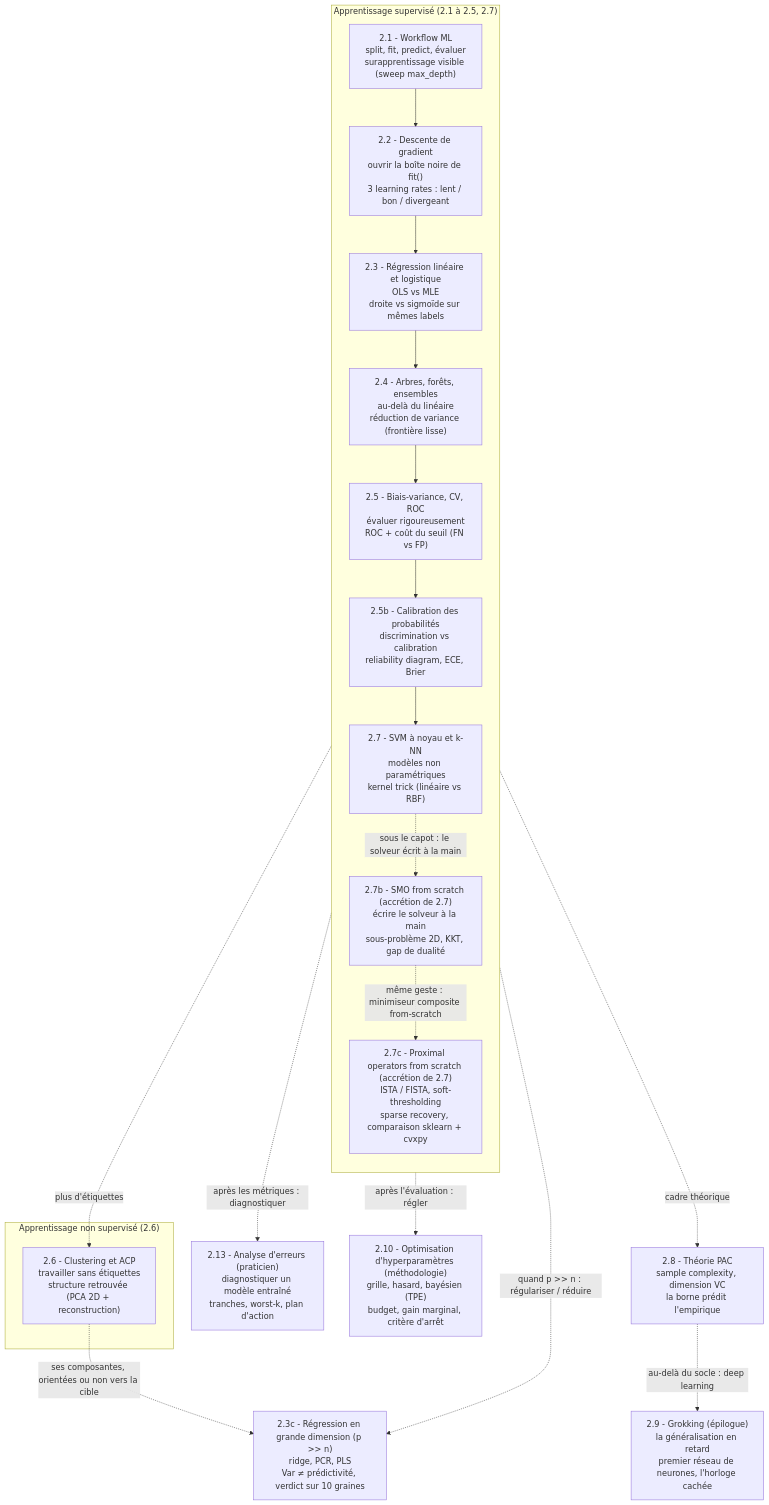
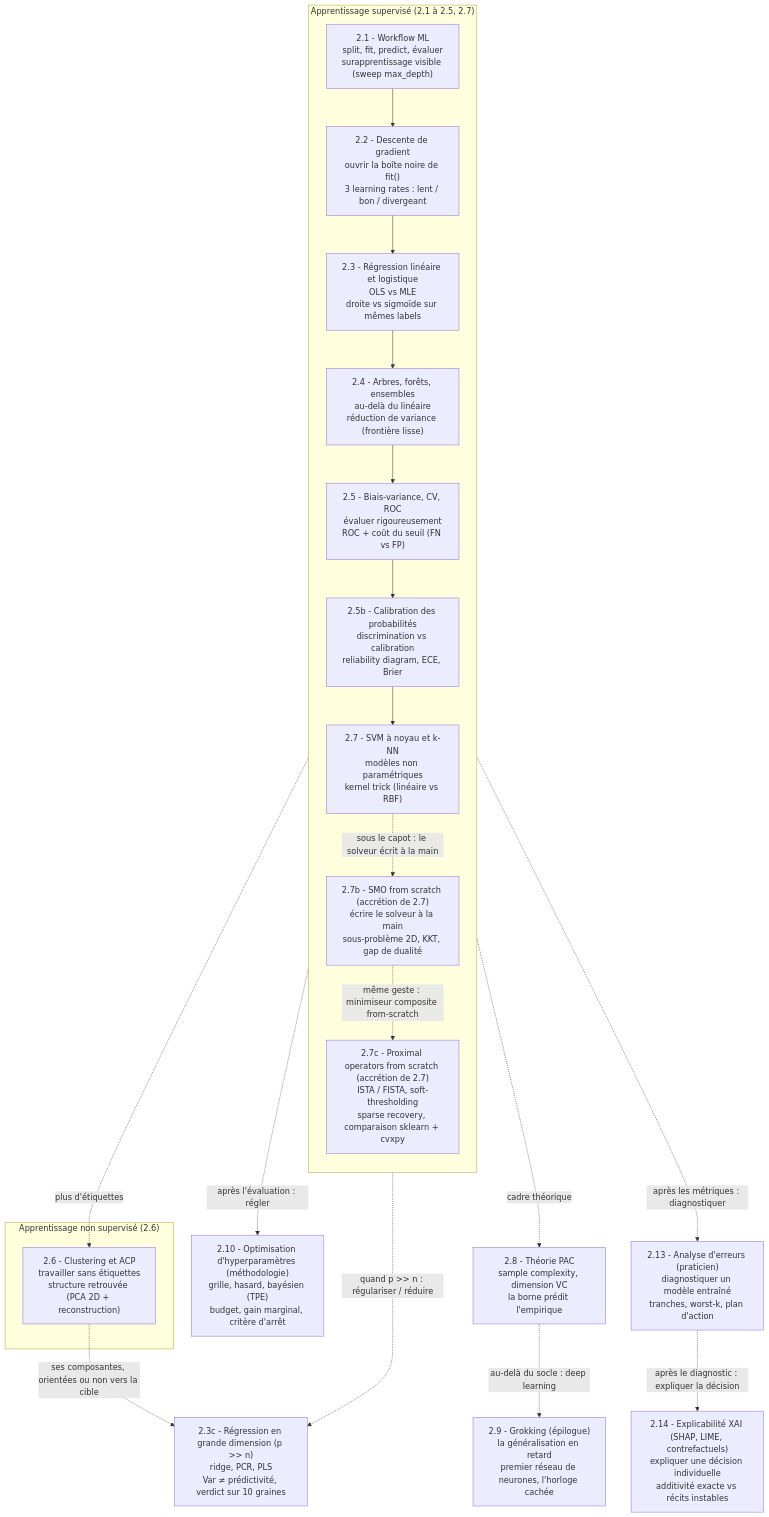
One commit to jsboige/CoursIA changed the diagram in MyIA.AI.Notebooks/ML/DataScienceWithAgents/02-ML-Cours/README.md. Above: the diagram before and after it, drawn with Mermaid. The commit also changed other lines of this file and 3 other files, not shown here.

First line of the commit message:
feat(ml,#16616): notebook 2.14 Explicabilite XAI — SHAP, LIME, contrefactuels (German Credit)

````diff
--- a/MyIA.AI.Notebooks/ML/DataScienceWithAgents/02-ML-Cours/README.md
+++ b/MyIA.AI.Notebooks/ML/DataScienceWithAgents/02-ML-Cours/README.md
@@ -98,33 +100,35 @@
 ```mermaid
 flowchart TD
     subgraph SUP["Apprentissage supervisé (2.1 à 2.5, 2.7)"]
       direction TB
       A["2.1 - Workflow ML<br/>split, fit, predict, évaluer<br/>surapprentissage visible (sweep max_depth)"]
       B["2.2 - Descente de gradient<br/>ouvrir la boîte noire de fit()<br/>3 learning rates : lent / bon / divergeant"]
       C["2.3 - Régression linéaire et logistique<br/>OLS vs MLE<br/>droite vs sigmoïde sur mêmes labels"]
       D["2.4 - Arbres, forêts, ensembles<br/>au-delà du linéaire<br/>réduction de variance (frontière lisse)"]
       E["2.5 - Biais-variance, CV, ROC<br/>évaluer rigoureusement<br/>ROC + coût du seuil (FN vs FP)"]
       E2["2.5b - Calibration des probabilités<br/>discrimination vs calibration<br/>reliability diagram, ECE, Brier"]
       G["2.7 - SVM à noyau et k-NN<br/>modèles non paramétriques<br/>kernel trick (linéaire vs RBF)"]
       M["2.7b - SMO from scratch (accrétion de 2.7)<br/>écrire le solveur à la main<br/>sous-problème 2D, KKT, gap de dualité"]
       N["2.7c - Proximal operators from scratch (accrétion de 2.7)<br/>ISTA / FISTA, soft-thresholding<br/>sparse recovery, comparaison sklearn + cvxpy"]
       A --> B --> C --> D --> E --> E2 --> G
       G -. "sous le capot : le solveur écrit à la main" .-> M
       M -. "même geste : minimiseur composite from-scratch" .-> N
     end
     subgraph UNSUP["Apprentissage non supervisé (2.6)"]
       F["2.6 - Clustering et ACP<br/>travailler sans étiquettes<br/>structure retrouvée (PCA 2D + reconstruction)"]
     end
     H["2.8 - Théorie PAC<br/>sample complexity, dimension VC<br/>la borne prédit l'empirique"]
     I["2.9 - Grokking (épilogue)<br/>la généralisation en retard<br/>premier réseau de neurones, l'horloge cachée"]
     E -. "plus d'étiquettes" .-> F
     E -. "cadre théorique" .-> H
     H -. "au-delà du socle : deep learning" .-> I
     J["2.13 - Analyse d'erreurs (praticien)<br/>diagnostiquer un modèle entraîné<br/>tranches, worst-k, plan d'action"]
     E -. "après les métriques : diagnostiquer" .-> J
+    O["2.14 - Explicabilité XAI (SHAP, LIME, contrefactuels)<br/>expliquer une décision individuelle<br/>additivité exacte vs récits instables"]
+    J -. "après le diagnostic : expliquer la décision" .-> O
     K["2.10 - Optimisation d'hyperparamètres (méthodologie)<br/>grille, hasard, bayésien (TPE)<br/>budget, gain marginal, critère d'arrêt"]
     E -. "après l'évaluation : régler" .-> K
     L["2.3c - Régression en grande dimension (p >> n)<br/>ridge, PCR, PLS<br/>Var ≠ prédictivité, verdict sur 10 graines"]
     C -. "quand p >> n : régulariser / réduire" .-> L
     F -. "ses composantes, orientées ou non vers la cible" .-> L
 ```
````
